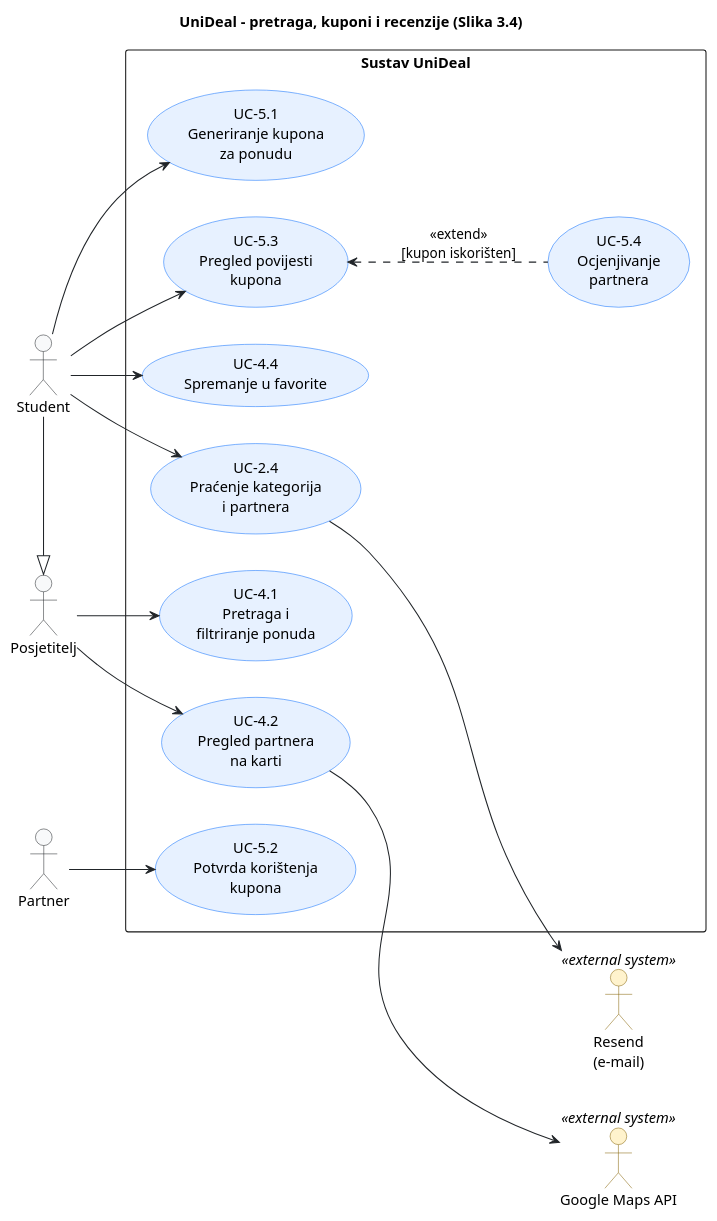
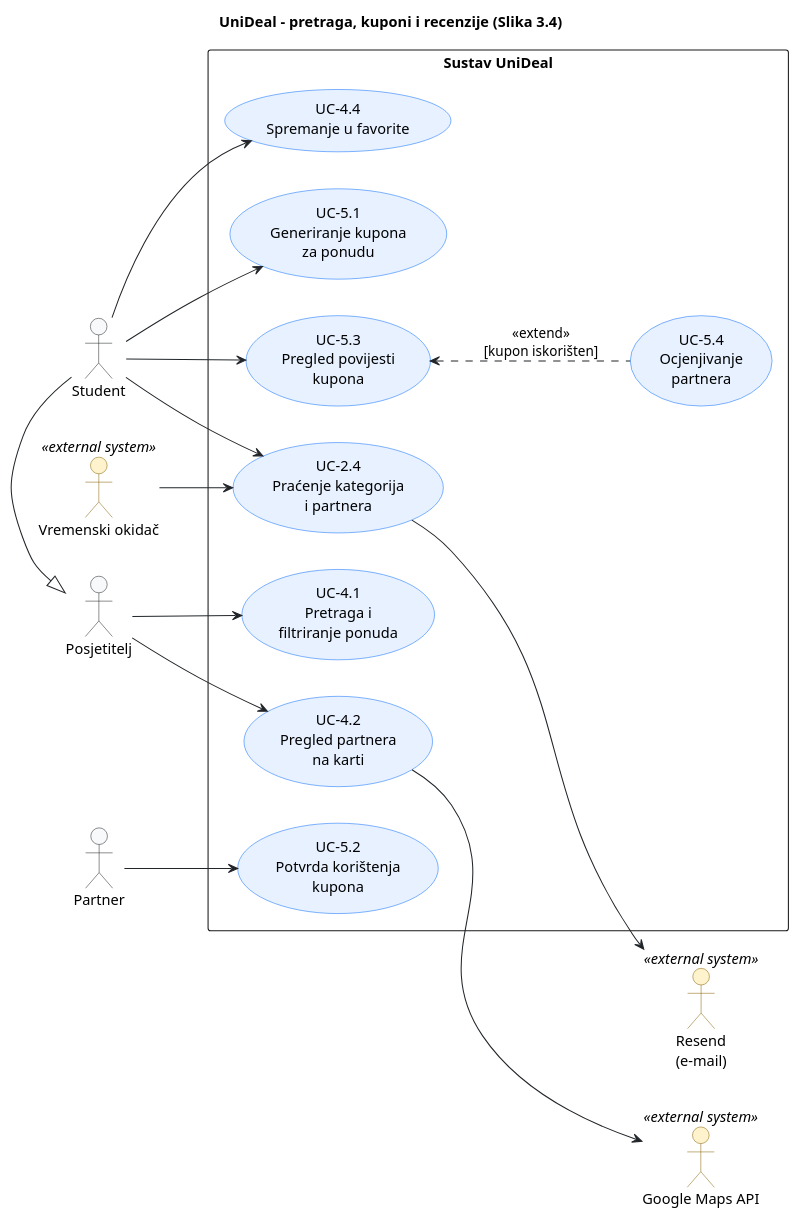
Before and after one commit to matejban/UniDeal: the diagram in docs/puml/3-1-unideal-student-UC.puml, drawn with PlantUML. The commit also changed 4 other files, not shown here.

Commit message:
Vremenski okidač kao aktivni akter u dijagramima 3.1

```diff
--- a/docs/puml/3-1-unideal-student-UC.puml
+++ b/docs/puml/3-1-unideal-student-UC.puml
@@ -14,58 +14,61 @@
 @startuml
 ' Smjer veza (predavanja, slajd 24): aktivni akter -> obrazac, obrazac -> pasivni akter.
 title UniDeal – pretraga, kuponi i recenzije (Slika 3.4)
 left to right direction
 
 skinparam shadowing false
 skinparam defaultFontName Arial
 skinparam ArrowColor #212529
 
 skinparam actor {
     BackgroundColor #F8F9FA
     BorderColor #212529
     BackgroundColor<<external system>> #FFF3CD
     BorderColor<<external system>> #856404
 }
 
 skinparam usecase {
     BackgroundColor #E7F1FF
     BorderColor #0D6EFD
 }
 
 actor "Posjetitelj" as Visitor
 actor "Student" as Student
 actor "Partner" as Partner
 
+actor "Vremenski okidač" as Timer <<external system>>
 actor "Google Maps API" as Maps <<external system>>
 actor "Resend\n(e-mail)" as Mail <<external system>>
 
 ' Student može sve što i posjetitelj.
 Student -|> Visitor
 
 rectangle "Sustav UniDeal" {
     (UC-4.1\nPretraga i\nfiltriranje ponuda) as UC41
     (UC-4.2\nPregled partnera\nna karti) as UC42
     (UC-4.4\nSpremanje u favorite) as UC44
     (UC-2.4\nPraćenje kategorija\ni partnera) as UC24
     (UC-5.1\nGeneriranje kupona\nza ponudu) as UC51
     (UC-5.3\nPregled povijesti\nkupona) as UC53
     (UC-5.4\nOcjenjivanje\npartnera) as UC54
     (UC-5.2\nPotvrda korištenja\nkupona) as UC52
 }
 
 Visitor --> UC41
 Visitor --> UC42
 
 Student --> UC44
 Student --> UC24
 Student --> UC51
 Student --> UC53
 
 ' Ocjena se ostavlja iz povijesti kupona, za iskorišten kupon.
 UC53 <.. UC54 : <<extend>>\n[kupon iskorišten]
 
 Partner --> UC52
 
+' Vremenski okidač sam šalje podsjetnik tri dana prije isteka ponude.
+Timer --> UC24
+UC24 --> Mail
 UC42 --> Maps
-UC24 --> Mail
 @enduml
```
